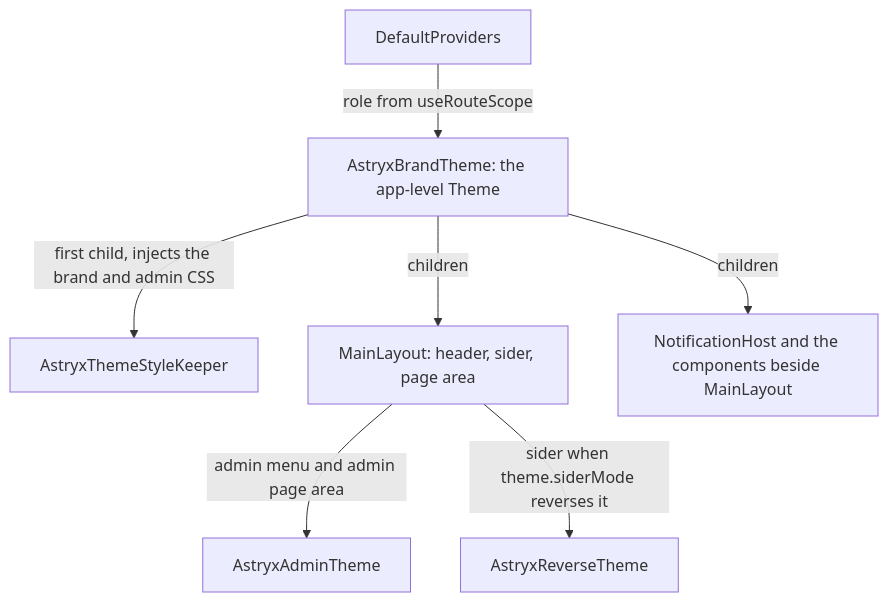
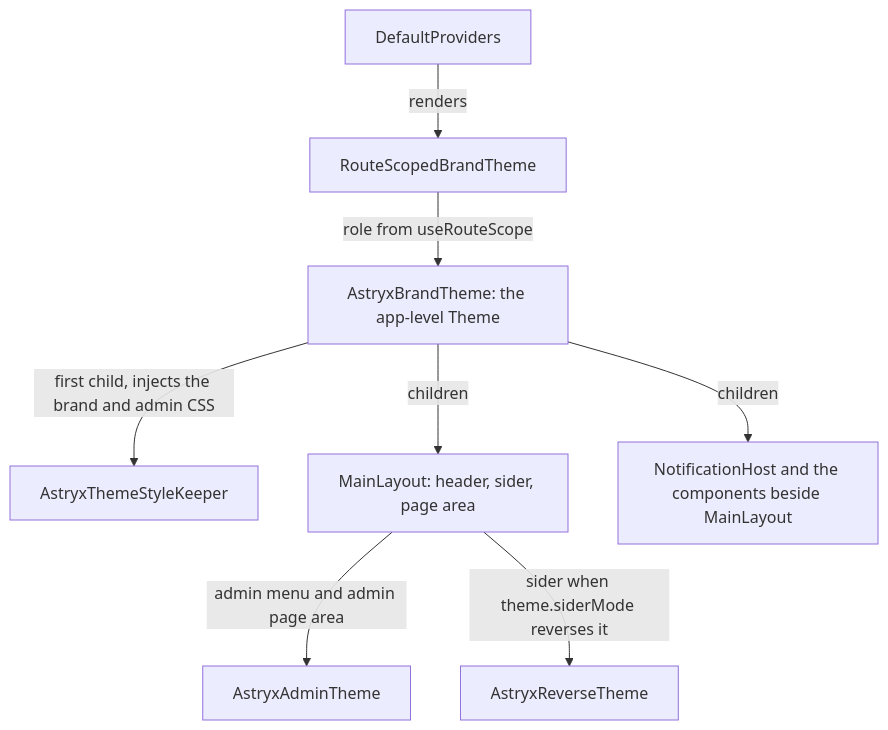
The diagram in docs/adr/0044-app-level-theme-role-from-the-route-scope.md (lablup/backend.ai-webui), drawn with Mermaid before and after one commit. The commit also changed other lines of this file and 9 other files, not shown here.

````diff
--- a/docs/adr/0044-app-level-theme-role-from-the-route-scope.md
+++ b/docs/adr/0044-app-level-theme-role-from-the-route-scope.md
@@ -22,9 +22,10 @@
 ```mermaid
 flowchart TB
-  dp["DefaultProviders"] -- "role from useRouteScope" --> bt["AstryxBrandTheme: the app-level Theme"]
+  dp["DefaultProviders"] -- "renders" --> rs["RouteScopedBrandTheme"]
+  rs -- "role from useRouteScope" --> bt["AstryxBrandTheme: the app-level Theme"]
   bt -- "first child, injects the brand and admin CSS" --> kp["AstryxThemeStyleKeeper"]
   bt -- "children" --> ml["MainLayout: header, sider, page area"]
   bt -- "children" --> ov["NotificationHost and the components beside MainLayout"]
   ml -- "admin menu and admin page area" --> at["AstryxAdminTheme"]
   ml -- "sider when theme.siderMode reverses it" --> rt["AstryxReverseTheme"]
 ```
````
